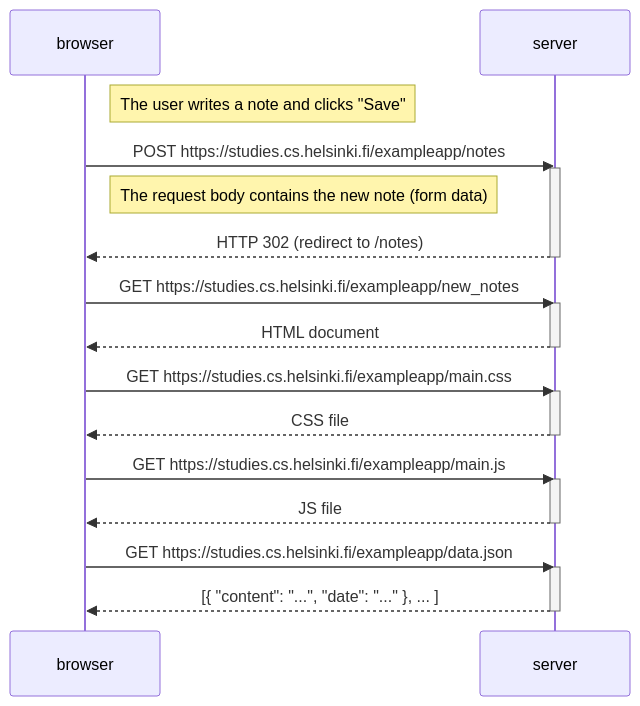
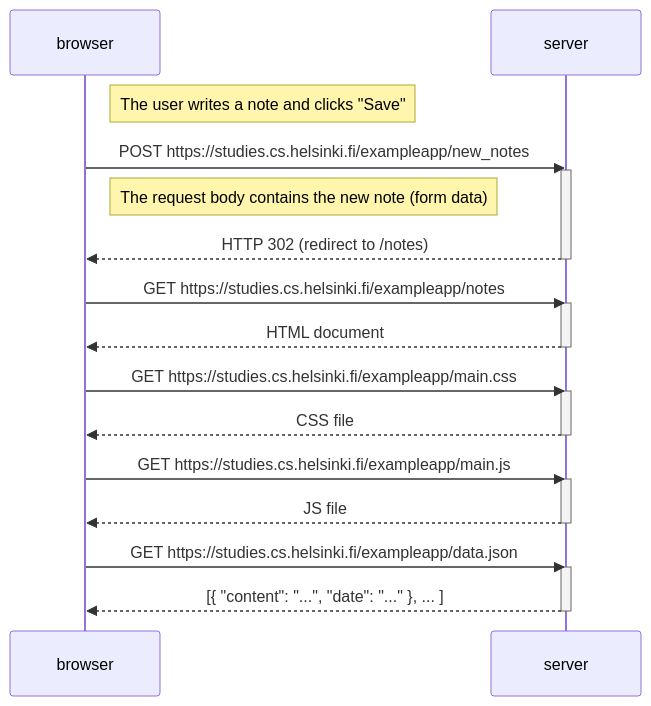
The diagram in sol_0.5.md (MatteoRossato/FullStackOpen_Part0), drawn with Mermaid before and after one commit.

````diff
--- a/sol_0.5.md
+++ b/sol_0.5.md
@@ -1,33 +1,33 @@
 ```mermaid
 sequenceDiagram
     participant browser
     participant server
 
     Note right of browser: The user writes a note and clicks "Save"
-    browser->>server: POST https://studies.cs.helsinki.fi/exampleapp/notes
+    browser->>server: POST https://studies.cs.helsinki.fi/exampleapp/new_notes
     activate server
     Note right of browser: The request body contains the new note (form data)
     server-->>browser: HTTP 302 (redirect to /notes)
     deactivate server
 
-    browser->>server: GET https://studies.cs.helsinki.fi/exampleapp/new_notes
+    browser->>server: GET https://studies.cs.helsinki.fi/exampleapp/notes
     activate server
     server-->>browser: HTML document
     deactivate server
 
     browser->>server: GET https://studies.cs.helsinki.fi/exampleapp/main.css
     activate server
     server-->>browser: CSS file
     deactivate server
 
     browser->>server: GET https://studies.cs.helsinki.fi/exampleapp/main.js
     activate server
     server-->>browser: JS file
     deactivate server
 
     browser->>server: GET https://studies.cs.helsinki.fi/exampleapp/data.json
     activate server
     server-->>browser: [{ "content": "...", "date": "..." }, ... ]
     deactivate server
 
 ```
````
